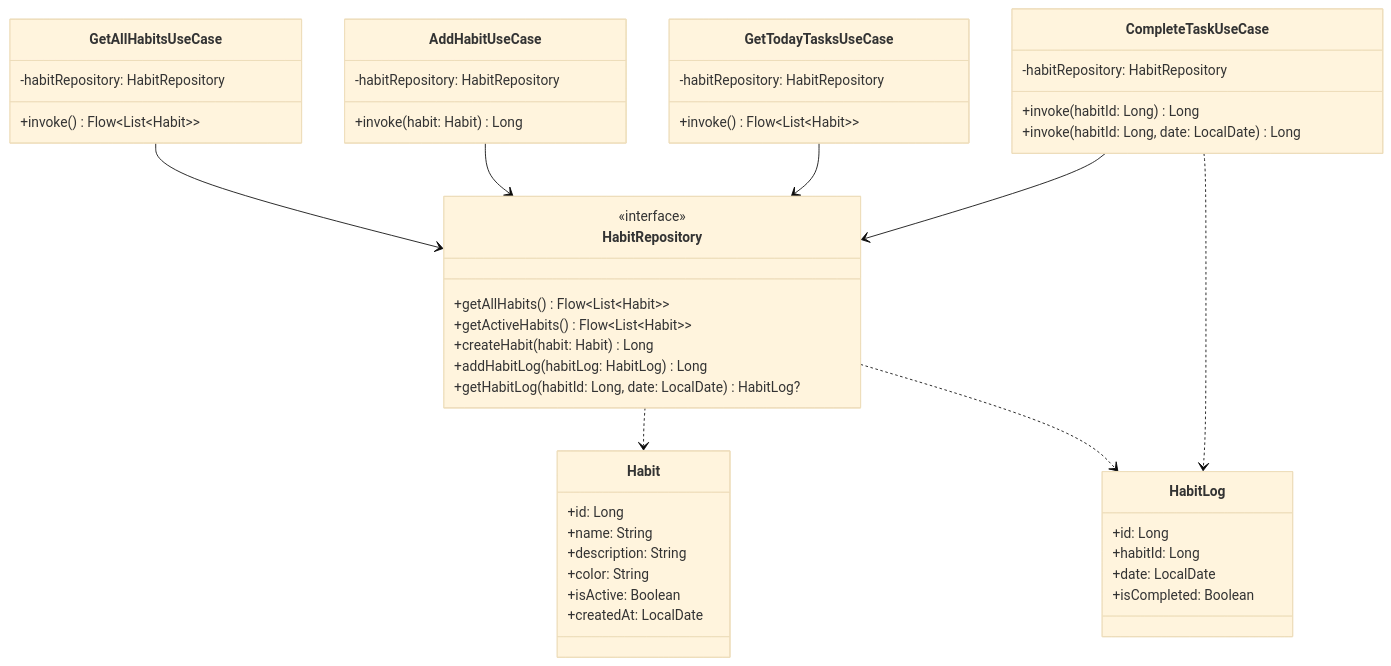
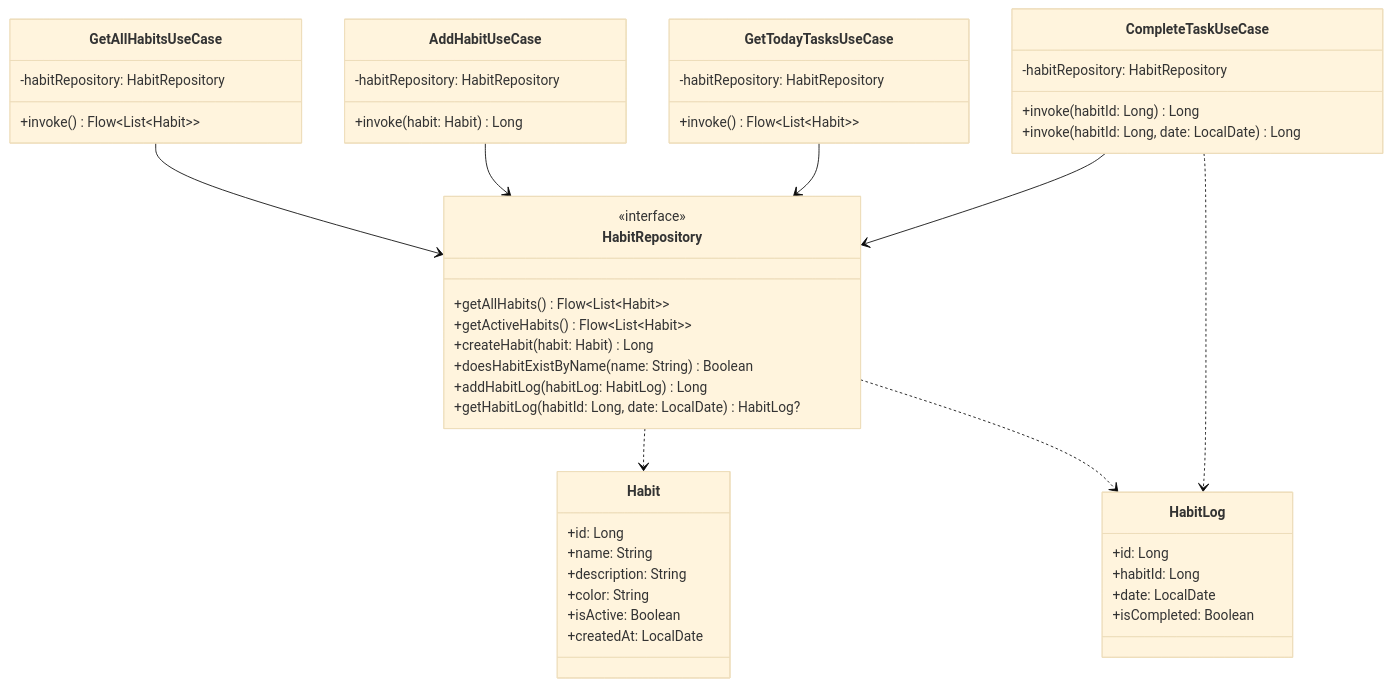
The diagram in docs/ARCHITECTURE.md (75py/habit-tracker), drawn with Mermaid (base theme) before and after one commit. The commit also changed other lines of this file, not shown here.

Commit message:
ドキュメントを更新し、新規ユーザー向けデフォルト習慣機能を完成

````diff
--- a/docs/ARCHITECTURE.md
+++ b/docs/ARCHITECTURE.md
@@ -268,57 +269,58 @@
 ```mermaid
 classDiagram
     class HabitRepository {
         <<interface>>
         +getAllHabits() Flow~List~Habit~~
         +getActiveHabits() Flow~List~Habit~~
         +createHabit(habit: Habit) Long
+        +doesHabitExistByName(name: String) Boolean
         +addHabitLog(habitLog: HabitLog) Long
         +getHabitLog(habitId: Long, date: LocalDate) HabitLog?
     }
     
     class Habit {
         +id: Long
         +name: String
         +description: String
         +color: String
         +isActive: Boolean
         +createdAt: LocalDate
     }
     
     class HabitLog {
         +id: Long
         +habitId: Long
         +date: LocalDate
         +isCompleted: Boolean
     }
     
     class GetAllHabitsUseCase {
         -habitRepository: HabitRepository
         +invoke() Flow~List~Habit~~
     }
     
     class AddHabitUseCase {
         -habitRepository: HabitRepository
         +invoke(habit: Habit) Long
     }
     
     class GetTodayTasksUseCase {
         -habitRepository: HabitRepository
         +invoke() Flow~List~Habit~~
     }
     
     class CompleteTaskUseCase {
         -habitRepository: HabitRepository
         +invoke(habitId: Long) Long
         +invoke(habitId: Long, date: LocalDate) Long
     }
     
     GetAllHabitsUseCase --> HabitRepository
     AddHabitUseCase --> HabitRepository
     GetTodayTasksUseCase --> HabitRepository
     CompleteTaskUseCase --> HabitRepository
     
     HabitRepository ..> Habit
     HabitRepository ..> HabitLog
     CompleteTaskUseCase ..> HabitLog
 ```
````
